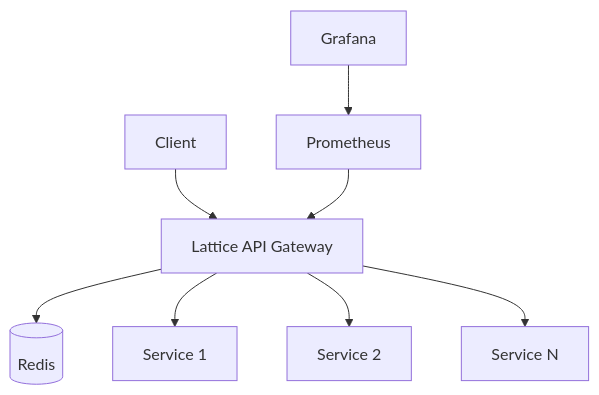
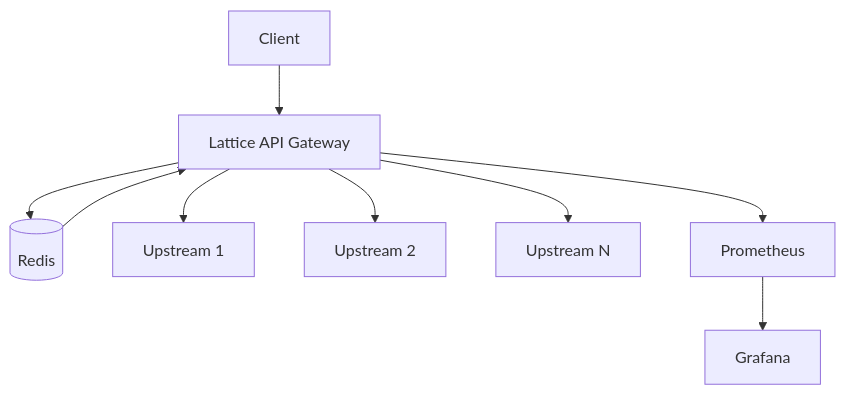
The diagram in README.md (esotuvaka/lattice), drawn with Mermaid before and after one commit. The commit also changed 3 other files, not shown here.

````diff
--- a/README.md
+++ b/README.md
@@ -35,11 +35,11 @@
 ```mermaid
 graph TD
     Client[Client] --> Lattice[Lattice API Gateway]
+    Redis[(Redis)] --> Lattice
     Lattice --> Redis[(Redis)]
-    Lattice --> Service1[Service 1]
-    Lattice --> Service2[Service 2]
-    Lattice --> ServiceN[Service N]
-
-    Prometheus[Prometheus] --> Lattice
-    Grafana[Grafana] --> Prometheus
+    Lattice --> Upstream1[Upstream 1]
+    Lattice --> Upstream2[Upstream 2]
+    Lattice --> UpstreamN[Upstream N]
+    Lattice --> Prometheus[Prometheus]
+    Prometheus --> Grafana[Grafana]
 ```
````
